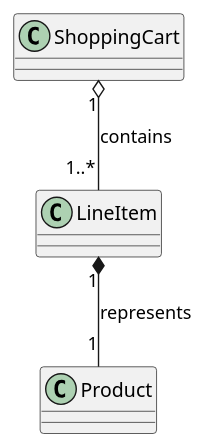
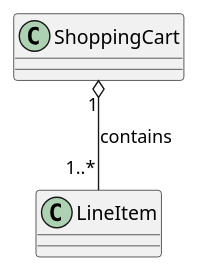
Before and after one commit to andikatjacobdennis/UML: the third of 7 diagrams in relationships/UML_Relationships_Tutorial.md, drawn with PlantUML. The commit also changed other lines of this file, not shown here.

````diff
--- a/relationships/UML_Relationships_Tutorial.md
+++ b/relationships/UML_Relationships_Tutorial.md
@@ -76,13 +80,10 @@
 ```plantuml
 @startuml
 class ShoppingCart {
 }
 class LineItem {
 }
-class Product {
-}
 
 ShoppingCart "1" o-- "1..*" LineItem : contains
-LineItem "1" *-- "1" Product : represents
 @enduml
 ```
````
